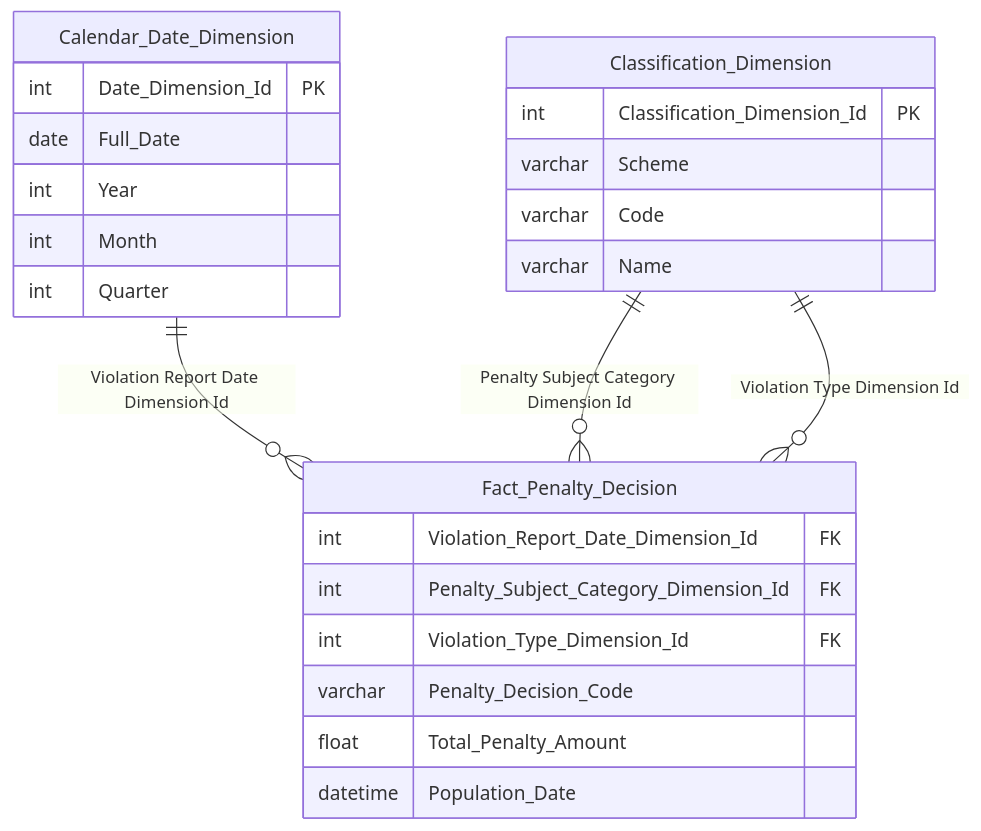
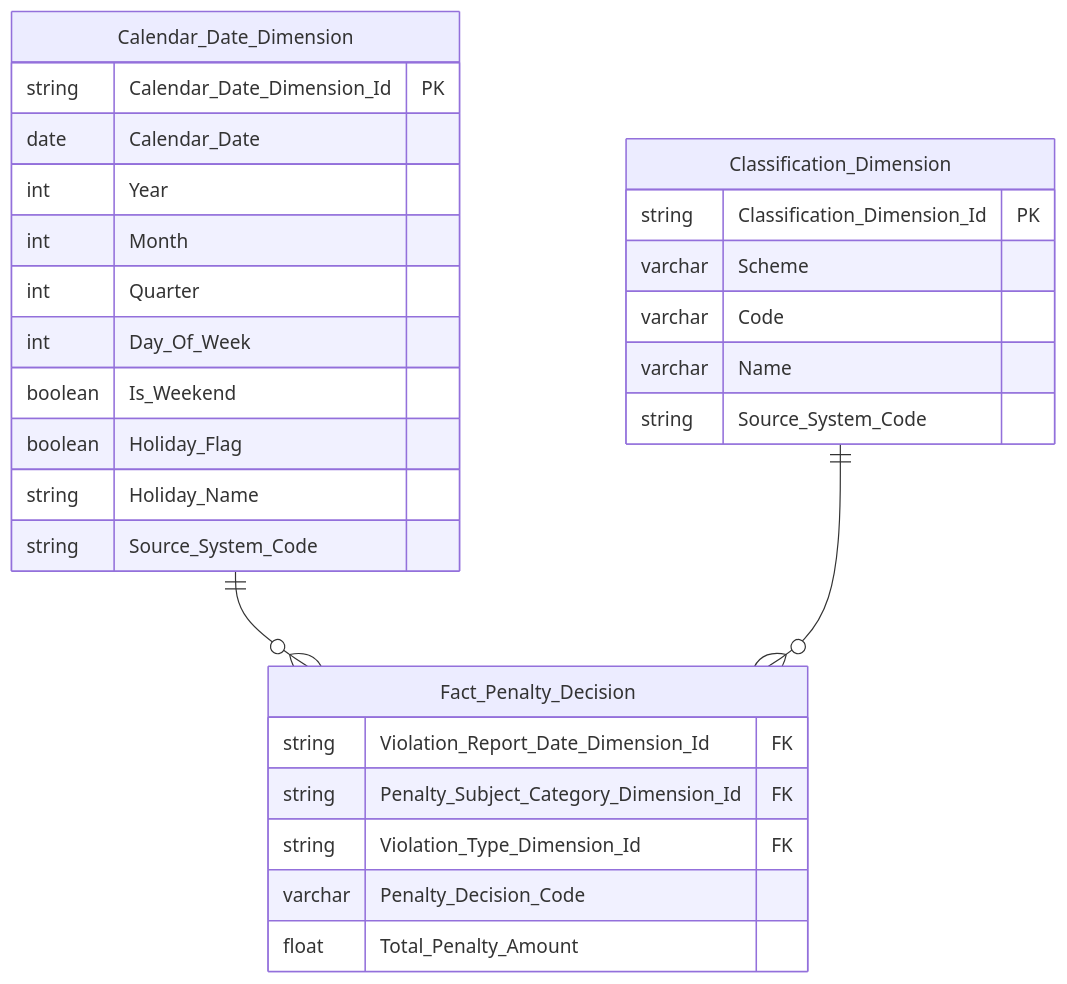
Before and after one commit to linhlvit/ubck_atomic_design: diagram 15 of 25 in Datamart/hld/DTM_TT_HLD.md, drawn with Mermaid. The commit also changed other lines of this file and 2 other files, not shown here.

````diff
--- a/Datamart/hld/DTM_TT_HLD.md
+++ b/Datamart/hld/DTM_TT_HLD.md
@@ -697,27 +709,31 @@
 ```mermaid
 erDiagram
-    Calendar_Date_Dimension ||--o{ Fact_Penalty_Decision : "Violation Report Date Dimension Id"
-    Classification_Dimension ||--o{ Fact_Penalty_Decision : "Penalty Subject Category Dimension Id"
-    Classification_Dimension ||--o{ Fact_Penalty_Decision : "Violation Type Dimension Id"
+    Calendar_Date_Dimension ||--o{ Fact_Penalty_Decision : " "
+    Classification_Dimension ||--o{ Fact_Penalty_Decision : " "
     Fact_Penalty_Decision {
-        int Violation_Report_Date_Dimension_Id FK
-        int Penalty_Subject_Category_Dimension_Id FK
-        int Violation_Type_Dimension_Id FK
+        string Violation_Report_Date_Dimension_Id FK
+        string Penalty_Subject_Category_Dimension_Id FK
+        string Violation_Type_Dimension_Id FK
         varchar Penalty_Decision_Code
         float Total_Penalty_Amount
-        datetime Population_Date
     }
     Calendar_Date_Dimension {
-        int Date_Dimension_Id PK
-        date Full_Date
+        string Calendar_Date_Dimension_Id PK
+        date Calendar_Date
         int Year
         int Month
         int Quarter
+        int Day_Of_Week
+        boolean Is_Weekend
+        boolean Holiday_Flag
+        string Holiday_Name
+        string Source_System_Code
     }
     Classification_Dimension {
-        int Classification_Dimension_Id PK
+        string Classification_Dimension_Id PK
         varchar Scheme
         varchar Code
         varchar Name
+        string Source_System_Code
     }
 ```
````
